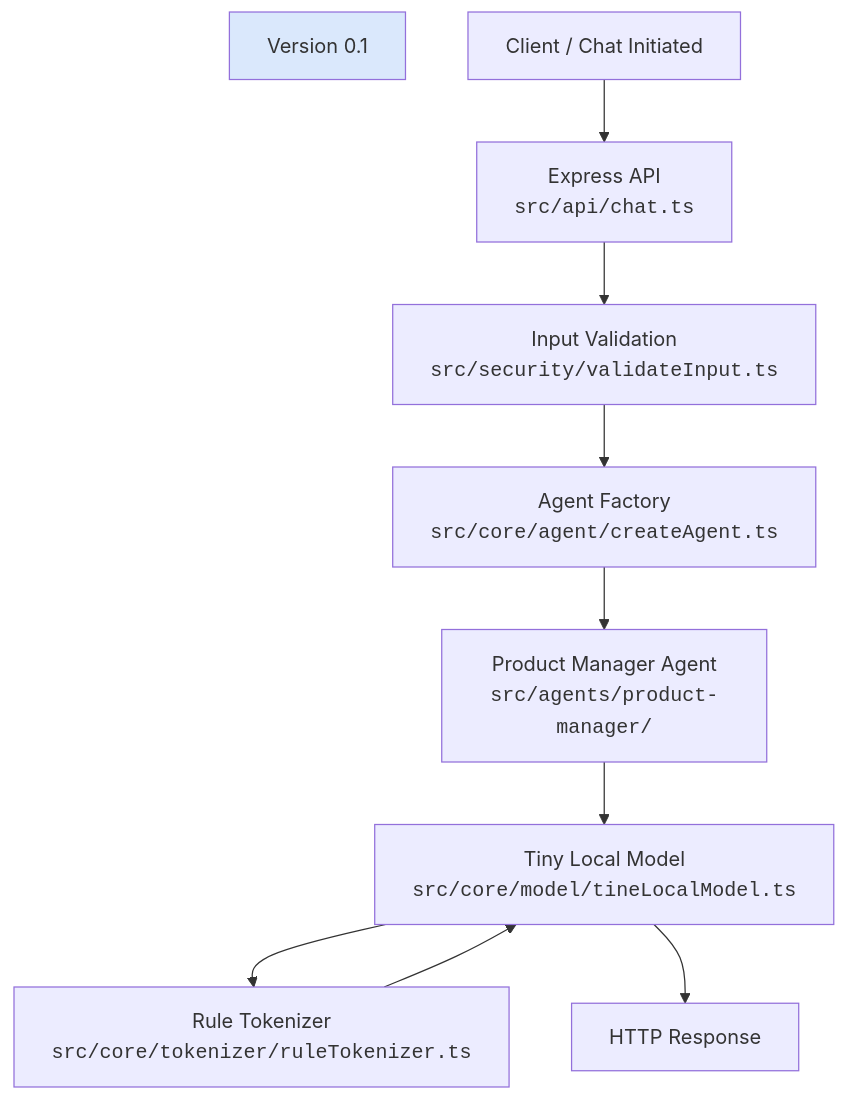
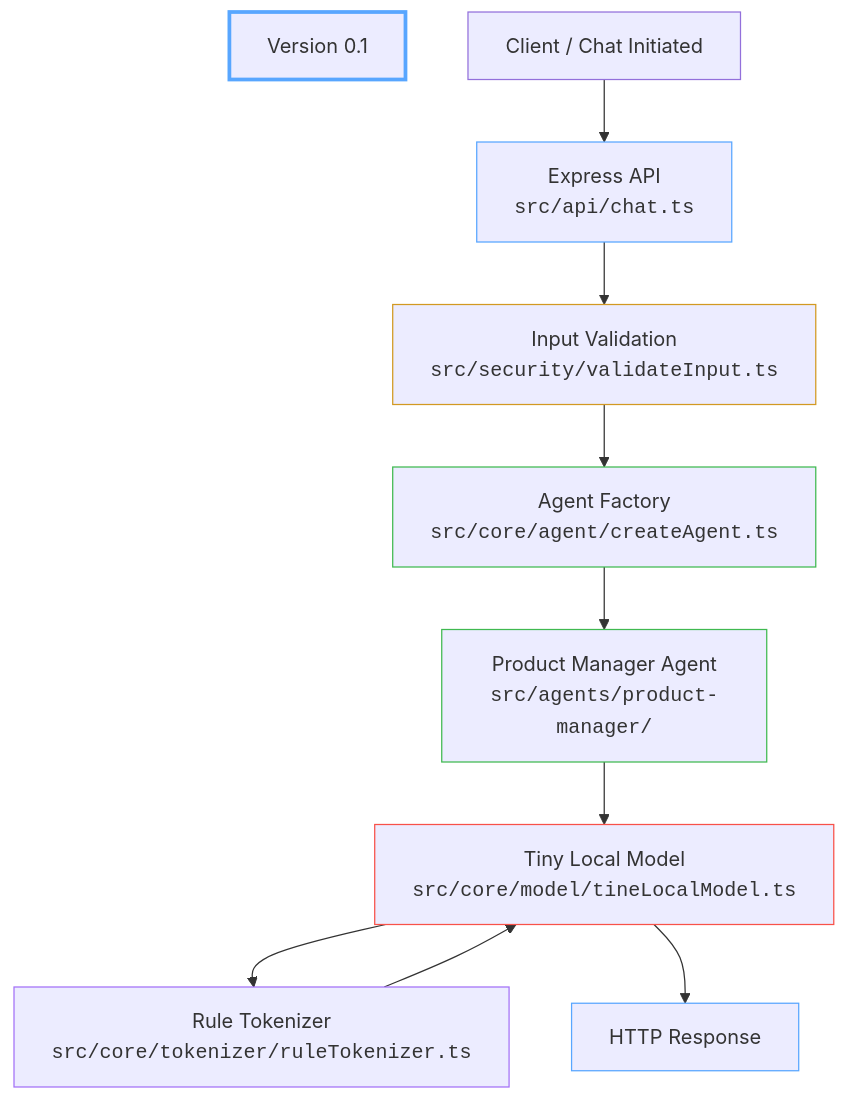
The diagram in README.md (Felicia-Ainslie/fai-agent-platform), drawn with Mermaid before and after one commit.

Commit message:
Mermaid chart syling applied

````diff
--- a/README.md
+++ b/README.md
@@ -141,23 +141,32 @@
 ```mermaid
 flowchart TD
 
 Version["Version 0.1"]
 
   Client["Client / Chat Initiated"] --> API["Express API
 <code>src/api/chat.ts"]
 
   API --> Validation["Input Validation
 <code>src/security/validateInput.ts</code>"]
   Validation --> Agent["Agent Factory
 <code>src/core/agent/createAgent.ts</code>"]
   Agent --> PM["Product Manager Agent
 <code>src/agents/product-manager/</code>"]
   PM --> Model["Tiny Local Model
 <code>src/core/model/tineLocalModel.ts</code>"]
   Model --> Tokenizer["Rule Tokenizer
 <code>src/core/tokenizer/ruleTokenizer.ts</code>"]
   Tokenizer --> Model
   Model --> Response["HTTP Response"]
 
-style Version fill:#dae8fc
+style Version stroke:#58a6ff, stroke-width:3px
+style API stroke:#58a6ff
+style Validation stroke:#d29922
+style Agent stroke:#3fb950
+style PM stroke:#3fb950
+style Model stroke:#f85149
+style Tokenizer stroke:#a371f7
+style Response stroke:#58a6ff
+
+
 ```
````
